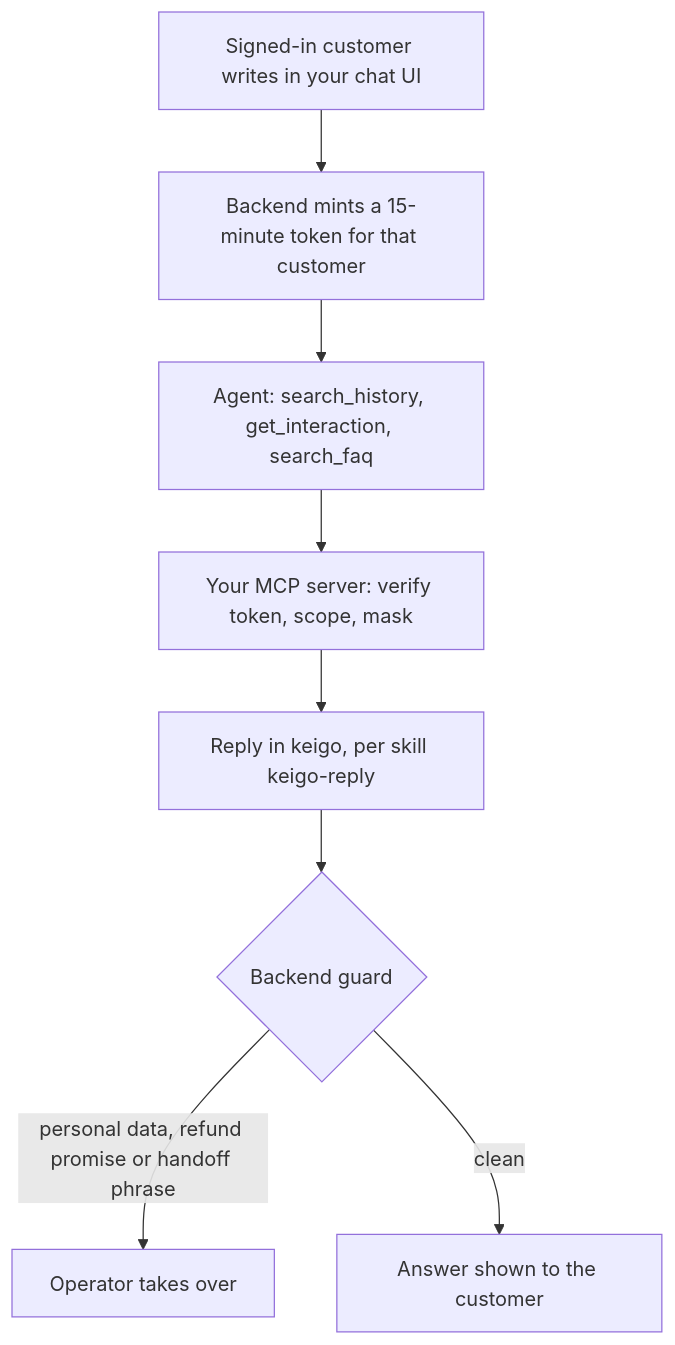
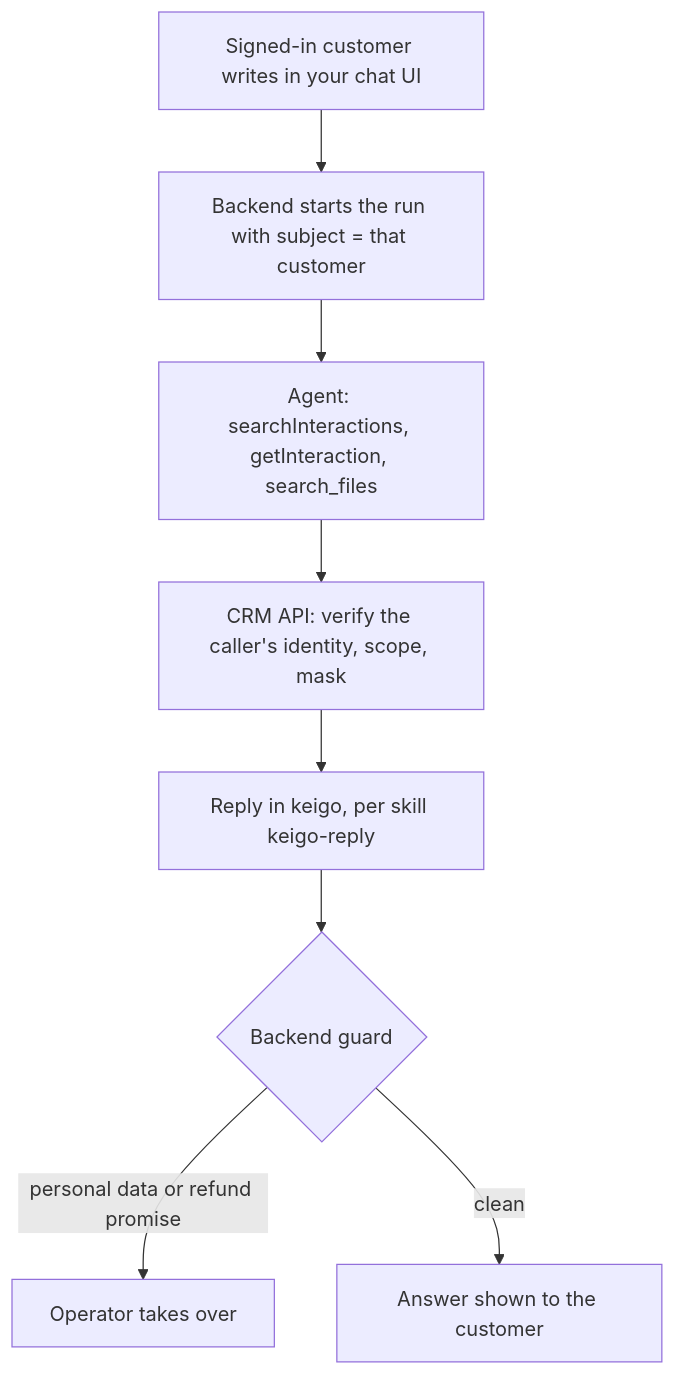
Before and after one commit to indxjp/agent-workspace: the first of 2 diagrams in docs/sdk/site/tutorials/customer-inquiry.mdx, drawn with Mermaid. The commit also changed other lines of this file and 2629 other files, not shown here.

````diff
--- a/docs/sdk/site/tutorials/customer-inquiry.mdx
+++ b/docs/sdk/site/tutorials/customer-inquiry.mdx
@@ -38,10 +44,10 @@
 ```mermaid
 flowchart TD
-  C["Signed-in customer writes in your chat UI"] --> T["Backend mints a 15-minute token for that customer"]
-  T --> A["Agent: search_history, get_interaction, search_faq"]
-  A --> M["Your MCP server: verify token, scope, mask"]
+  C["Signed-in customer writes in your chat UI"] --> T["Backend starts the run with subject = that customer"]
+  T --> A["Agent: searchInteractions, getInteraction, search_files"]
+  A --> M["CRM API: verify the caller's identity, scope, mask"]
   M --> R["Reply in keigo, per skill keigo-reply"]
   R --> G{"Backend guard"}
-  G -- "personal data, refund promise or handoff phrase" --> O["Operator takes over"]
+  G -- "personal data or refund promise" --> O["Operator takes over"]
   G -- "clean" --> U["Answer shown to the customer"]
 ```
````
